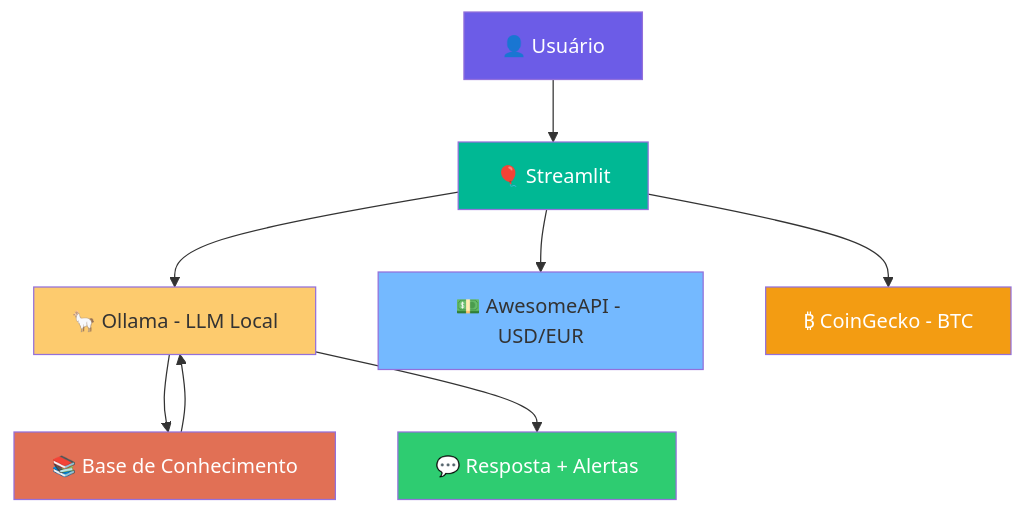
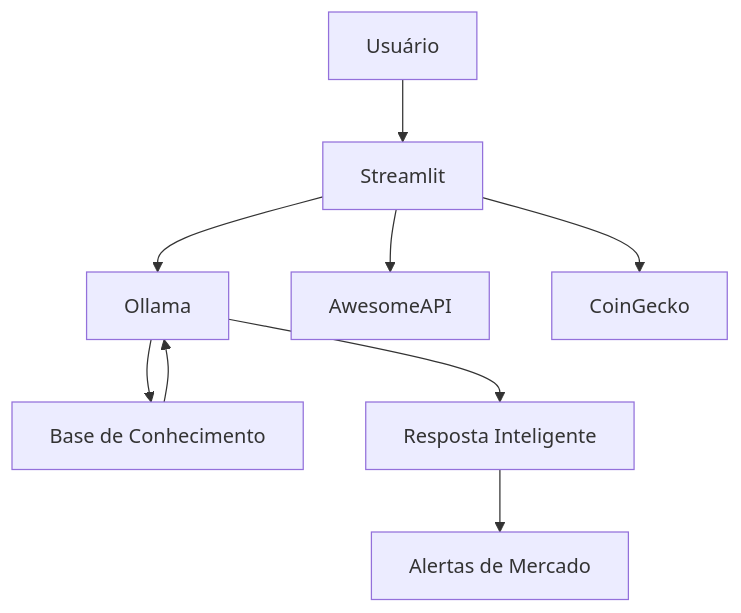
The diagram in assets/README.md (DiasPedroQA/Cambia_Guia-de-Cambio-e-Cripto), drawn with Mermaid before and after one commit. The commit also changed other lines of this file and 2 other files, not shown here.

````diff
--- a/assets/README.md
+++ b/assets/README.md
@@ -82,18 +172,11 @@
 ```mermaid
 flowchart TD
-    A[👤 Usuário] --> B[🎈 Streamlit]
-    B --> C[🦙 Ollama - LLM Local]
-    C --> D[📚 Base de Conhecimento]
+    A[Usuário] --> B[Streamlit]
+    B --> C[Ollama]
+    C --> D[Base de Conhecimento]
     D --> C
-    B --> E[💵 AwesomeAPI - USD/EUR]
-    B --> F[₿ CoinGecko - BTC]
-    C --> G[💬 Resposta + Alertas]
-    
-    style A fill:#6C5CE7,color:#fff
-    style B fill:#00B894,color:#fff
-    style C fill:#FDCB6E,color:#333
-    style D fill:#E17055,color:#fff
-    style E fill:#74B9FF,color:#333
-    style F fill:#F39C12,color:#fff
-    style G fill:#2ECC71,color:#fff
+    B --> E[AwesomeAPI]
+    B --> F[CoinGecko]
+    C --> G[Resposta Inteligente]
+    G --> H[Alertas de Mercado]
 ```
````
